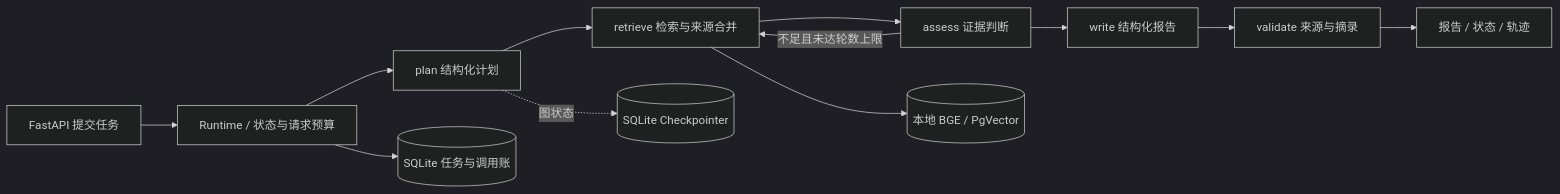
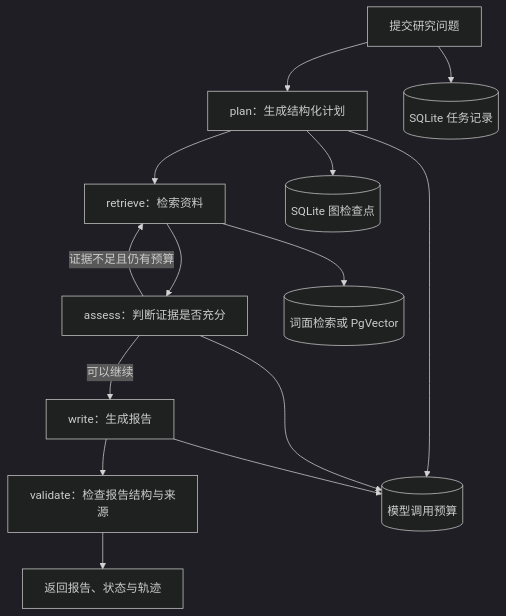
Before and after one commit to qianmu233/research-pilot: the diagram in README.md, drawn with Mermaid (dark theme). The commit also changed other lines of this file, not shown here.

````diff
--- a/README.md
+++ b/README.md
@@ -26,14 +38,16 @@
 ```mermaid
-flowchart LR
-    API[FastAPI 提交任务] --> RUNTIME[Runtime / 状态与请求预算]
-    RUNTIME --> PLAN[plan 结构化计划]
-    PLAN --> RETRIEVE[retrieve 检索与来源合并]
-    RETRIEVE --> ASSESS[assess 证据判断]
-    ASSESS -->|不足且未达轮数上限| RETRIEVE
-    ASSESS --> WRITE[write 结构化报告]
-    WRITE --> VALIDATE[validate 来源与摘录]
-    VALIDATE --> REPORT[报告 / 状态 / 轨迹]
-    RETRIEVE --> VECTOR[(本地 BGE / PgVector)]
-    RUNTIME --> STORE[(SQLite 任务与调用账)]
-    PLAN -. 图状态 .-> CHECKPOINT[(SQLite Checkpointer)]
+flowchart TD
+    A[提交研究问题] --> B[plan：生成结构化计划]
+    B --> C[retrieve：检索资料]
+    C --> D[assess：判断证据是否充分]
+    D -->|证据不足且仍有预算| C
+    D -->|可以继续| E[write：生成报告]
+    E --> F[validate：检查报告结构与来源]
+    F --> G[返回报告、状态与轨迹]
+    C --> H[(词面检索或 PgVector)]
+    B --> I[(模型调用预算)]
+    D --> I
+    E --> I
+    A --> J[(SQLite 任务记录)]
+    B --> K[(SQLite 图检查点)]
 ```
````
